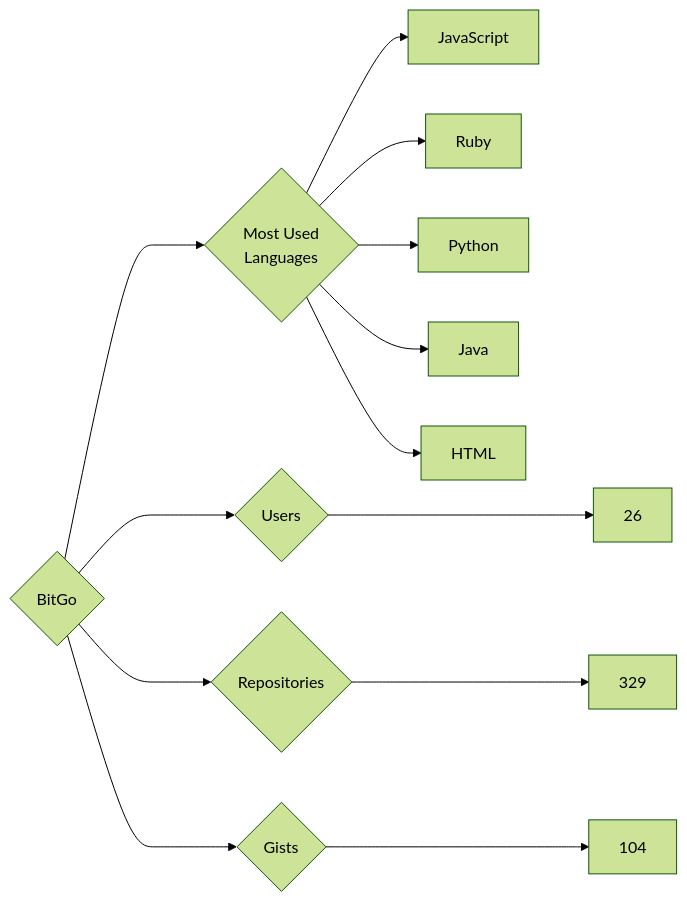
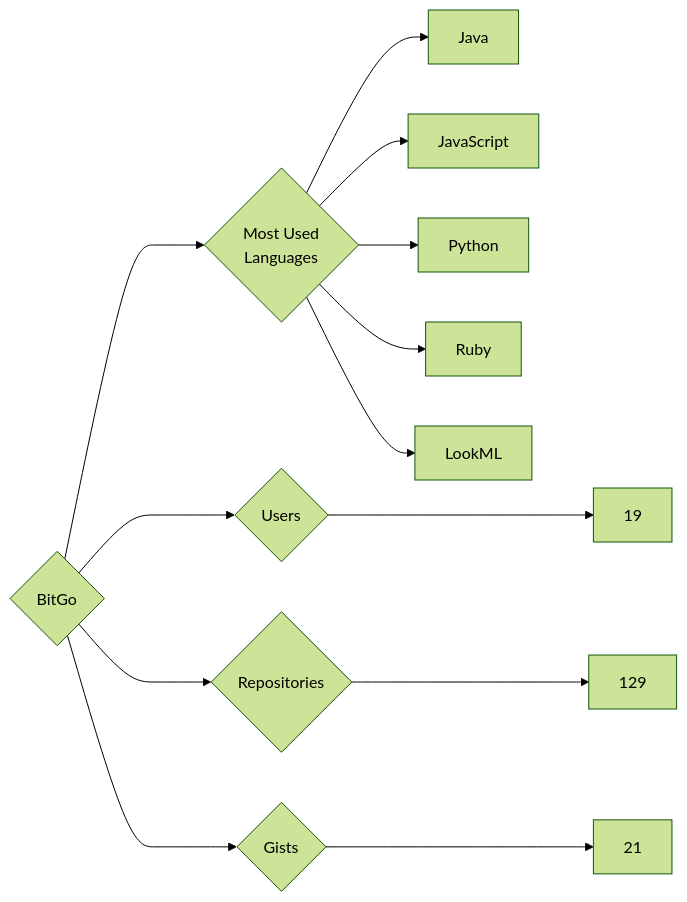
The diagram in targets/BitGo/README.md (trickest/insiders), drawn with Mermaid (forest theme) before and after one commit. The commit also changed 951 other files, not shown here.

````diff
--- a/targets/BitGo/README.md
+++ b/targets/BitGo/README.md
@@ -3,13 +3,13 @@
 ```mermaid
 graph LR
 COMPANY_NAME{BitGo}
-COMPANY_NAME ---> U{Users} ---> UN[26]
-COMPANY_NAME ---> R{Repositories} ---> RN[329]
-COMPANY_NAME ---> G{Gists} ---> GN[104]
+COMPANY_NAME ---> U{Users} ---> UN[19]
+COMPANY_NAME ---> R{Repositories} ---> RN[129]
+COMPANY_NAME ---> G{Gists} ---> GN[21]
 COMPANY_NAME ---> ML{Most Used<br>Languages}
+ML --> Java[Java]
 ML --> JavaScript[JavaScript]
+ML --> Python[Python]
 ML --> Ruby[Ruby]
-ML --> Python[Python]
-ML --> Java[Java]
-ML --> HTML[HTML]
+ML --> LookML[LookML]
 ```
````
